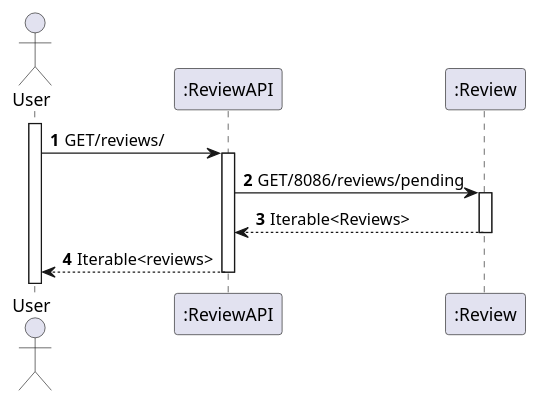
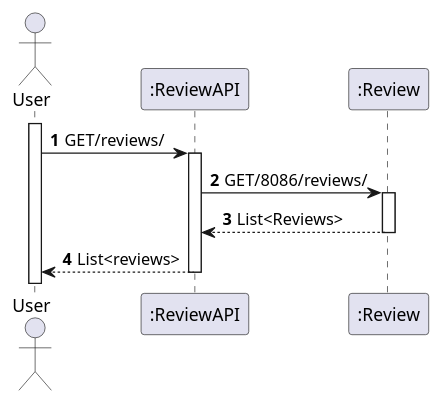
The diagram in Documentos/SIDIS/Review_getAllReviews.puml (giovannaFantacini/ReviewAPI), drawn with PlantUML before and after one commit. The commit also changed 9 other files, not shown here.

Commit message:
Diagramas

```diff
--- a/Documentos/SIDIS/Review_getAllReviews.puml
+++ b/Documentos/SIDIS/Review_getAllReviews.puml
@@ -1,19 +1,19 @@
 @startuml
 'https://plantuml.com/sequence-diagram
 
 
 autoactivate on
 autonumber
 
 actor "User" as User
 participant ":ReviewAPI" as rev1
 participant ":Review" as rev2
 
 activate User
 
 User -> rev1: GET/reviews/
-rev1 -> rev2: GET/8086/reviews/pending
-rev2 -->rev1: Iterable<Reviews>
-rev1 --> User: Iterable<reviews>
+rev1 -> rev2: GET/8086/reviews/
+rev2 -->rev1: List<Reviews>
+rev1 --> User: List<reviews>
 
 @enduml
```
